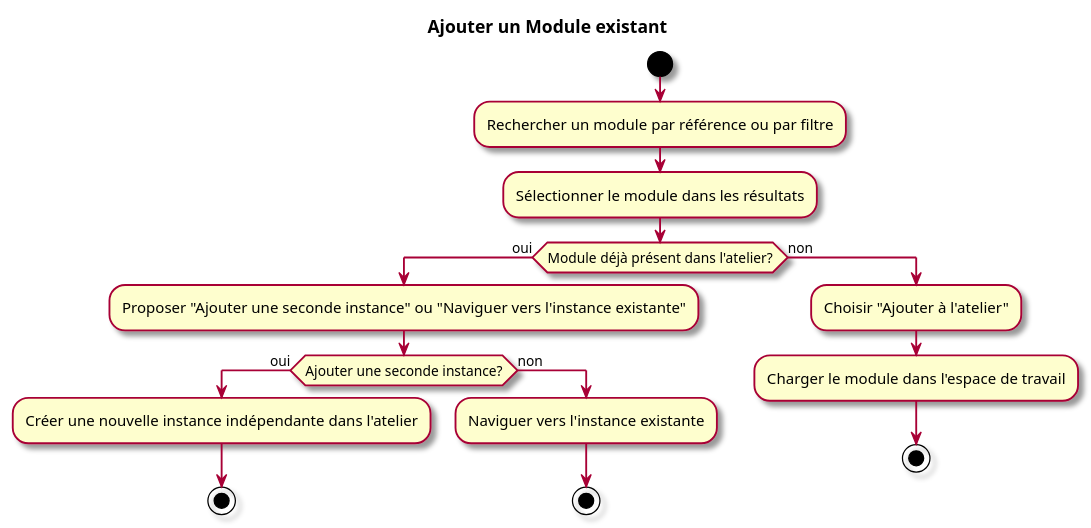
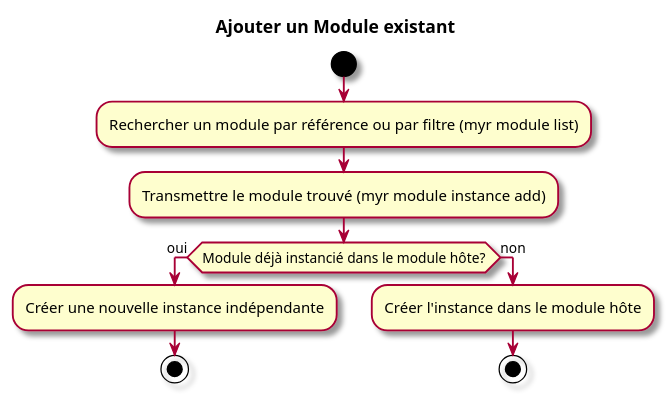
One commit to olivaux/myr changed the second of 2 diagrams in specs/1-Expression/UCMOD-Module/UCMOD02.md. Above: the diagram before and after it, drawn with PlantUML. The commit also changed other lines of this file and 65 other files, not shown here.

````diff
--- a/specs/1-Expression/UCMOD-Module/UCMOD02.md
+++ b/specs/1-Expression/UCMOD-Module/UCMOD02.md
@@ -67,23 +62,16 @@
 ```plantuml
 @startuml
 skin rose
 title Ajouter un Module existant
 start
-:Rechercher un module par référence ou par filtre;
-:Sélectionner le module dans les résultats;
-if (Module déjà présent dans l'atelier?) then (oui)
-  :Proposer "Ajouter une seconde instance" ou "Naviguer vers l'instance existante";
-  if (Ajouter une seconde instance?) then (oui)
-    :Créer une nouvelle instance indépendante dans l'atelier;
-    stop
-  else (non)
-    :Naviguer vers l'instance existante;
-    stop
-  endif
+:Rechercher un module par référence ou par filtre (myr module list);
+:Transmettre le module trouvé (myr module instance add);
+if (Module déjà instancié dans le module hôte?) then (oui)
+  :Créer une nouvelle instance indépendante;
+  stop
 else (non)
-  :Choisir "Ajouter à l'atelier";
-  :Charger le module dans l'espace de travail;
+  :Créer l'instance dans le module hôte;
   stop
 endif
 @enduml
 ```
````
